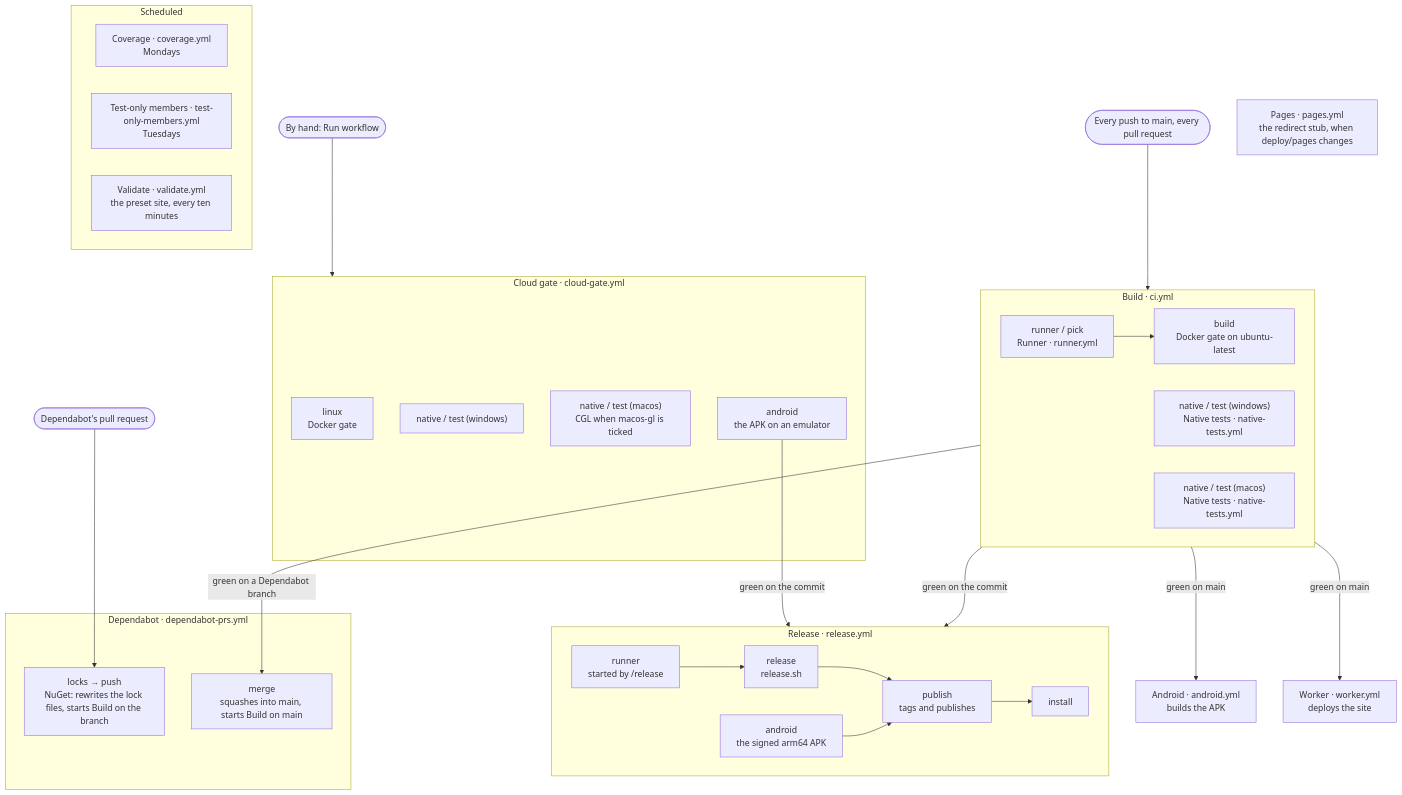
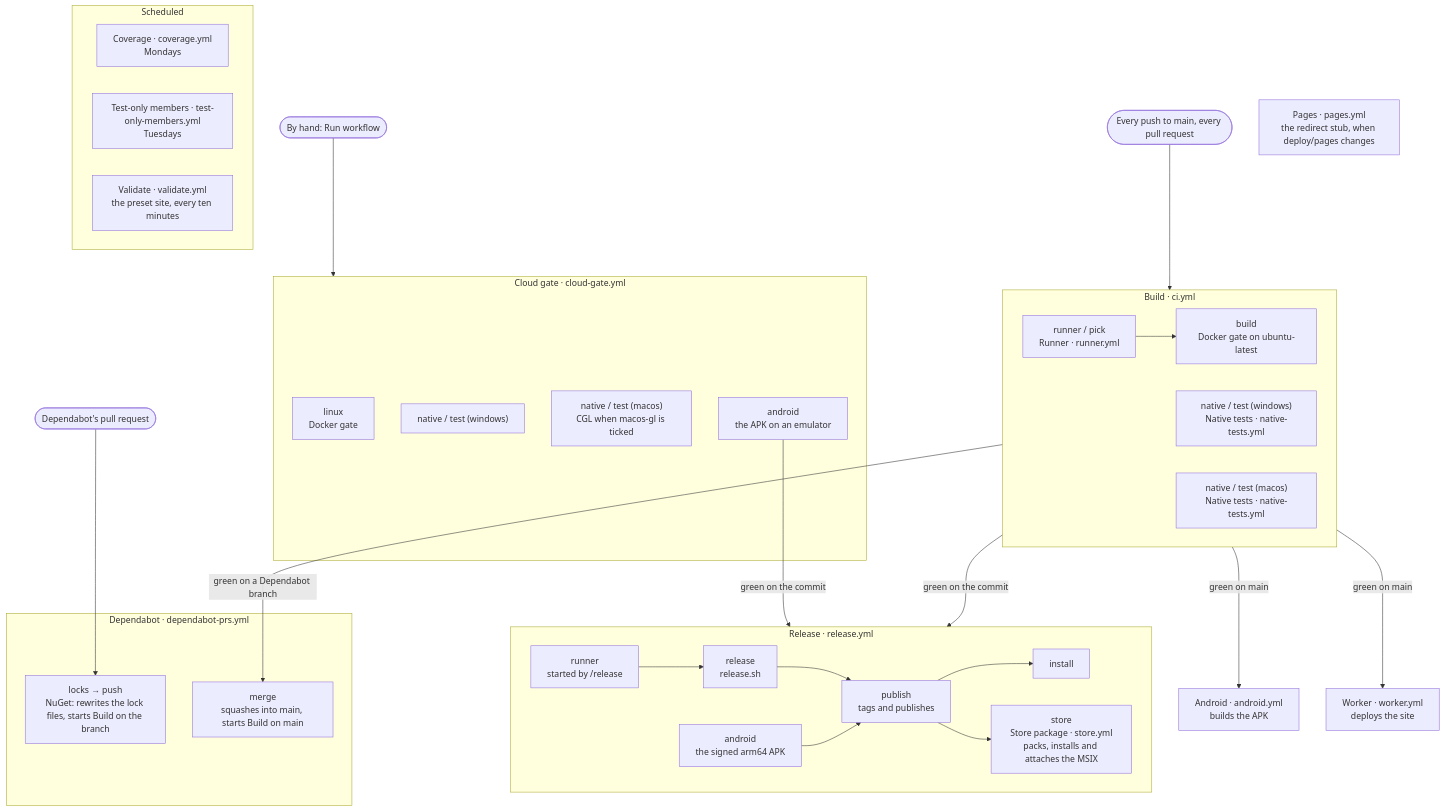
The diagram in docs/diagrams/pipeline.md (markovcd/Flyback), drawn with Mermaid before and after one commit. The commit also changed 21 other files, not shown here.

First line of the commit message:
Each release carries an MSIX for the Microsoft Store, listed as Flyback Modular.

````diff
--- a/docs/diagrams/pipeline.md
+++ b/docs/diagrams/pipeline.md
@@ -8,43 +8,44 @@
 ```mermaid
 flowchart TB
     push(["Every push to main, every pull request"]) --> build
     hand(["By hand: Run workflow"]) --> cloud
 
     subgraph build["Build · ci.yml"]
         b_pick["runner / pick<br/>Runner · runner.yml"] --> b_gate["build<br/>Docker gate on ubuntu-latest"]
         b_win["native / test (windows)<br/>Native tests · native-tests.yml"]
         b_mac["native / test (macos)<br/>Native tests · native-tests.yml"]
     end
 
     subgraph cloud["Cloud gate · cloud-gate.yml"]
         c_linux["linux<br/>Docker gate"]
         c_win["native / test (windows)"]
         c_mac["native / test (macos)<br/>CGL when macos-gl is ticked"]
         c_android["android<br/>the APK on an emulator"]
     end
 
     build -- "green on main" --> apk["Android · android.yml<br/>builds the APK"]
     build -- "green on main" --> site["Worker · worker.yml<br/>deploys the site"]
     build -- "green on the commit" --> release
     c_android -- "green on the commit" --> release
 
     subgraph release["Release · release.yml"]
         r_pick["runner<br/>started by /release"] --> r_release["release<br/>release.sh"] --> r_publish["publish<br/>tags and publishes"] --> r_install["install"]
         r_android["android<br/>the signed arm64 APK"] --> r_publish
+        r_publish --> r_store["store<br/>Store package · store.yml<br/>packs, installs and attaches the MSIX"]
     end
 
     subgraph scheduled["Scheduled"]
         coverage["Coverage · coverage.yml<br/>Mondays"]
         members["Test-only members · test-only-members.yml<br/>Tuesdays"]
         validate["Validate · validate.yml<br/>the preset site, every ten minutes"]
     end
 
     pages["Pages · pages.yml<br/>the redirect stub, when deploy/pages changes"]
 
     bot(["Dependabot's pull request"]) --> d_locks
     subgraph dependabot["Dependabot · dependabot-prs.yml"]
         d_locks["locks → push<br/>NuGet: rewrites the lock files, starts Build on the branch"]
         d_merge["merge<br/>squashes into main, starts Build on main"]
     end
     build -- "green on a Dependabot branch" --> d_merge
 ```
````
